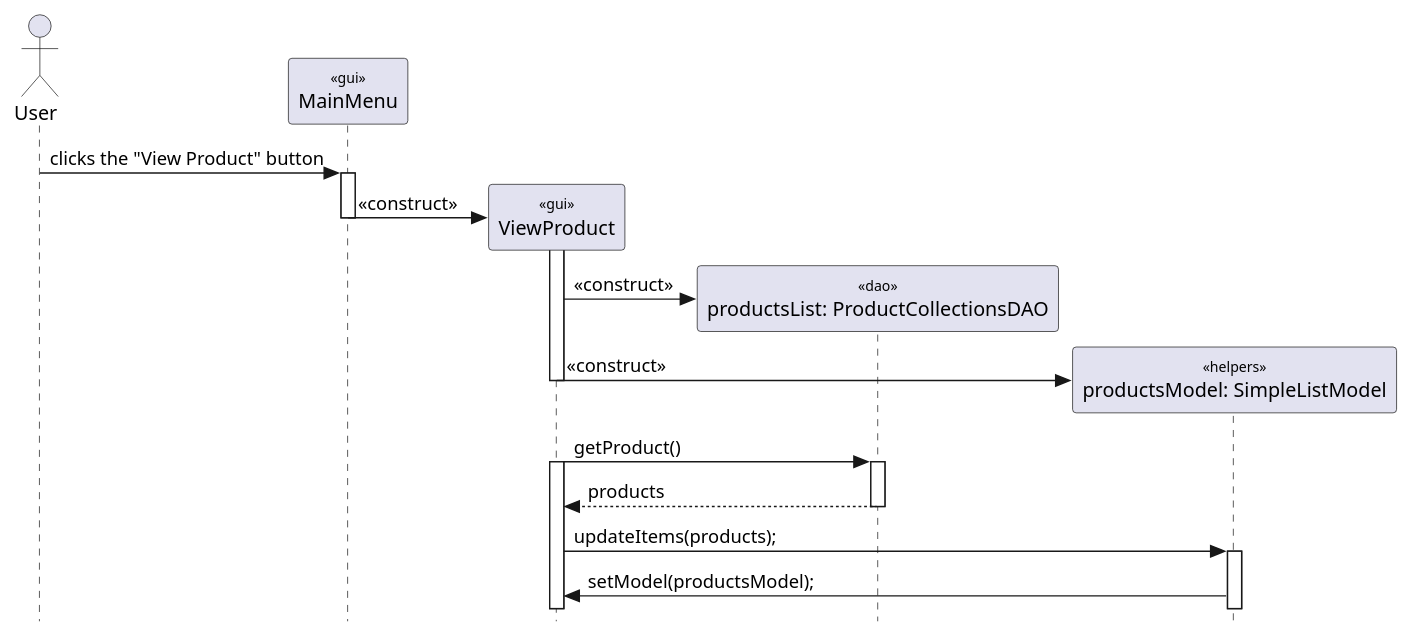
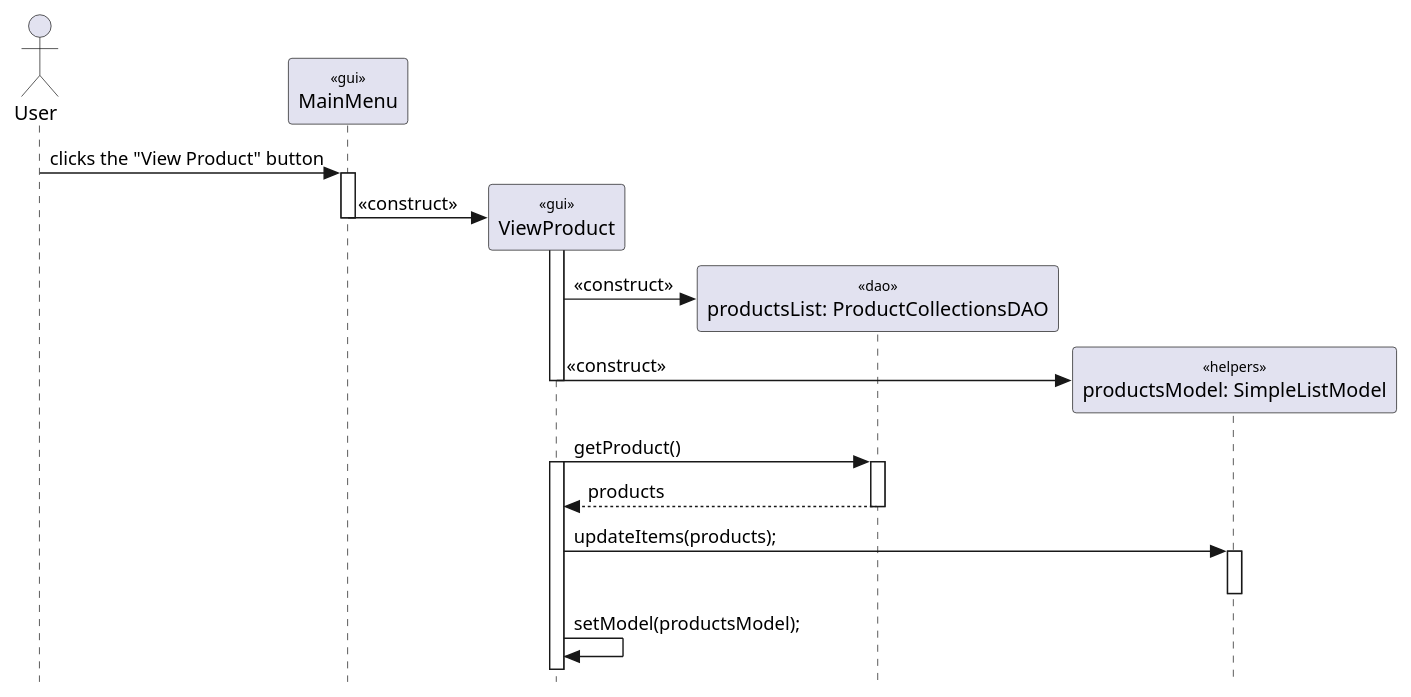
Before and after one commit to seuwand-tee/Shopping-System: the diagram in info202_project/diagrams/ViewProduct.puml, drawn with PlantUML. The commit also changed 1 other file, not shown here.

Commit message:
UML for Milestone 1 Corrections References #11

```diff
--- a/info202_project/diagrams/ViewProduct.puml
+++ b/info202_project/diagrams/ViewProduct.puml
@@ -1,37 +1,38 @@
 @startuml
 skinparam {
   Style StrictUML
   SequenceStereotype {
     Font {
       Size 10
       Style plain
     }
   }
 }
 actor "User" as user
 participant "MainMenu" as menu <<gui>>
 participant "ViewProduct" as ViewProduct <<gui>>
 participant "productsList: ProductCollectionsDAO" as ProductCollectionsDAO <<dao>>
 participant "productsModel: SimpleListModel" as SimpleListModel <<helpers>>
 
 'create the product viewer menu
 user -> menu++ : clicks the "View Product" button
 create ViewProduct
 menu -> ViewProduct : <<construct>>
 menu--
 
 ViewProduct++
 create ProductCollectionsDAO
 ViewProduct -> ProductCollectionsDAO : <<construct>>
 create SimpleListModel
 ViewProduct -> SimpleListModel : <<construct>>
 ViewProduct--
 
 ViewProduct -> ProductCollectionsDAO++ :getProduct()
 ViewProduct++
 ProductCollectionsDAO --> ViewProduct :products
 ProductCollectionsDAO--
 ViewProduct -> SimpleListModel++:updateItems(products);
-SimpleListModel -> ViewProduct :setModel(productsModel);
+SimpleListModel--
+ViewProduct -> ViewProduct :setModel(productsModel);
 
 @enduml
```
